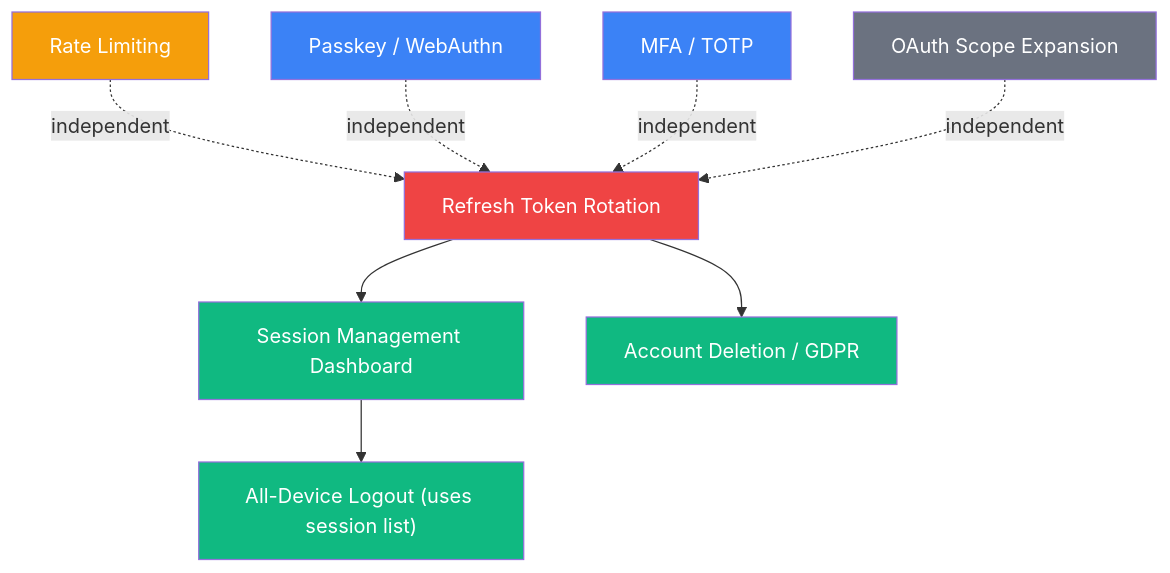
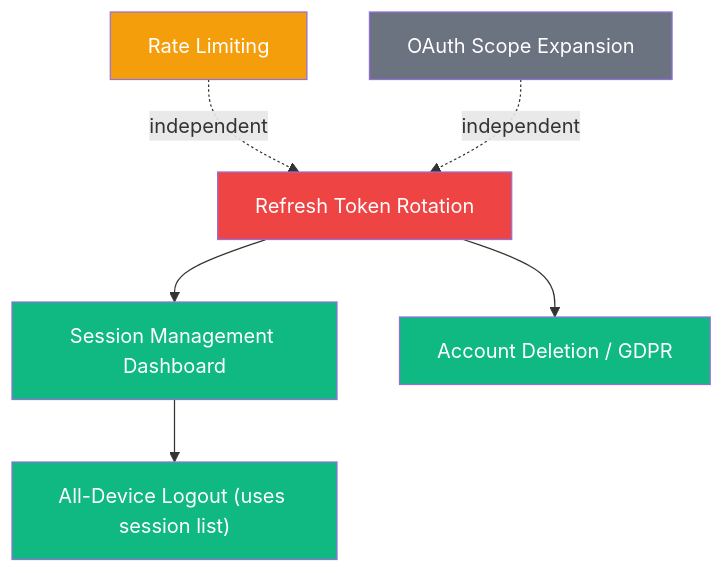
One commit to devangshupandey2025-stack/DevSage changed diagram 13 of 13 in docs/v3/planned/authentication.md. Above: the diagram before and after it, drawn with Mermaid. The commit also changed other lines of this file, not shown here.

First line of the commit message:
docs(auth): establish 3-domain architecture, remove MFA and passkeys

````diff
--- a/docs/v3/planned/authentication.md
+++ b/docs/v3/planned/authentication.md
@@ -1137,21 +935,17 @@
 ```mermaid
 graph TD
     A[Refresh Token Rotation] --> B[Session Management Dashboard]
     A --> C[Account Deletion / GDPR]
     
     D[Rate Limiting] -.->|independent| A
-    E[Passkey / WebAuthn] -.->|independent| A
-    F[MFA / TOTP] -.->|independent| A
     G[OAuth Scope Expansion] -.->|independent| A
 
     B --> H["All-Device Logout (uses session list)"]
     
     style A fill:#ef4444,color:#fff
     style D fill:#f59e0b,color:#fff
-    style E fill:#3b82f6,color:#fff
-    style F fill:#3b82f6,color:#fff
     style G fill:#6b7280,color:#fff
     style B fill:#10b981,color:#fff
     style C fill:#10b981,color:#fff
     style H fill:#10b981,color:#fff
 ```
````
